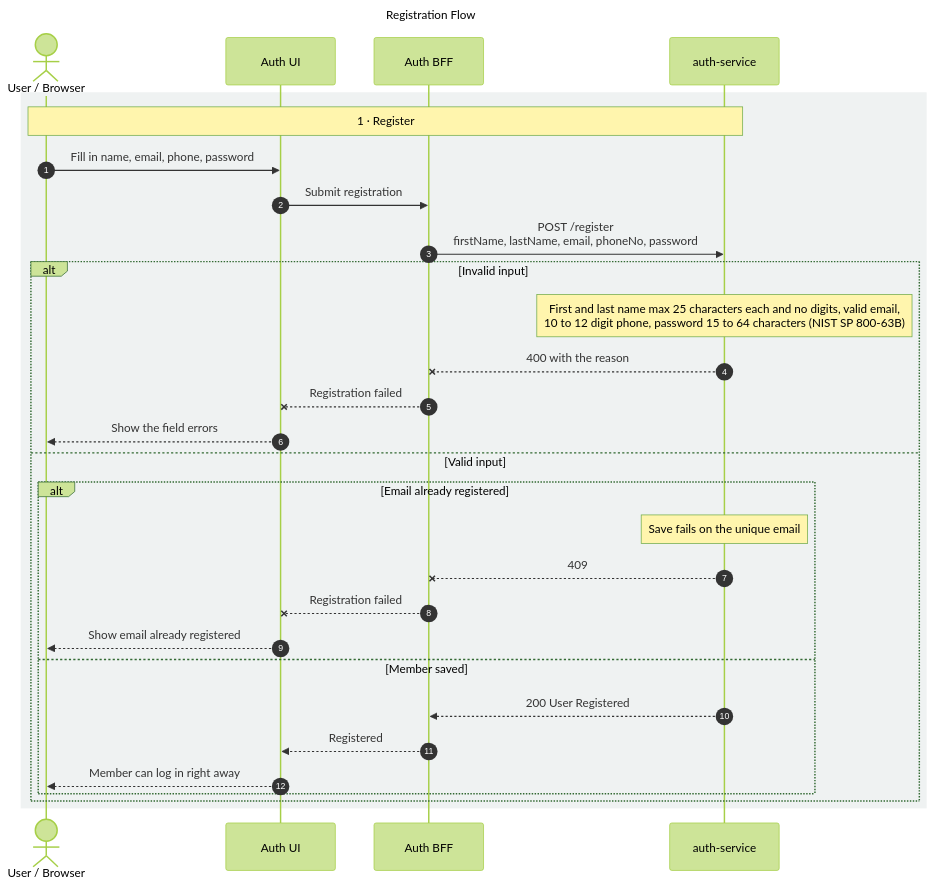
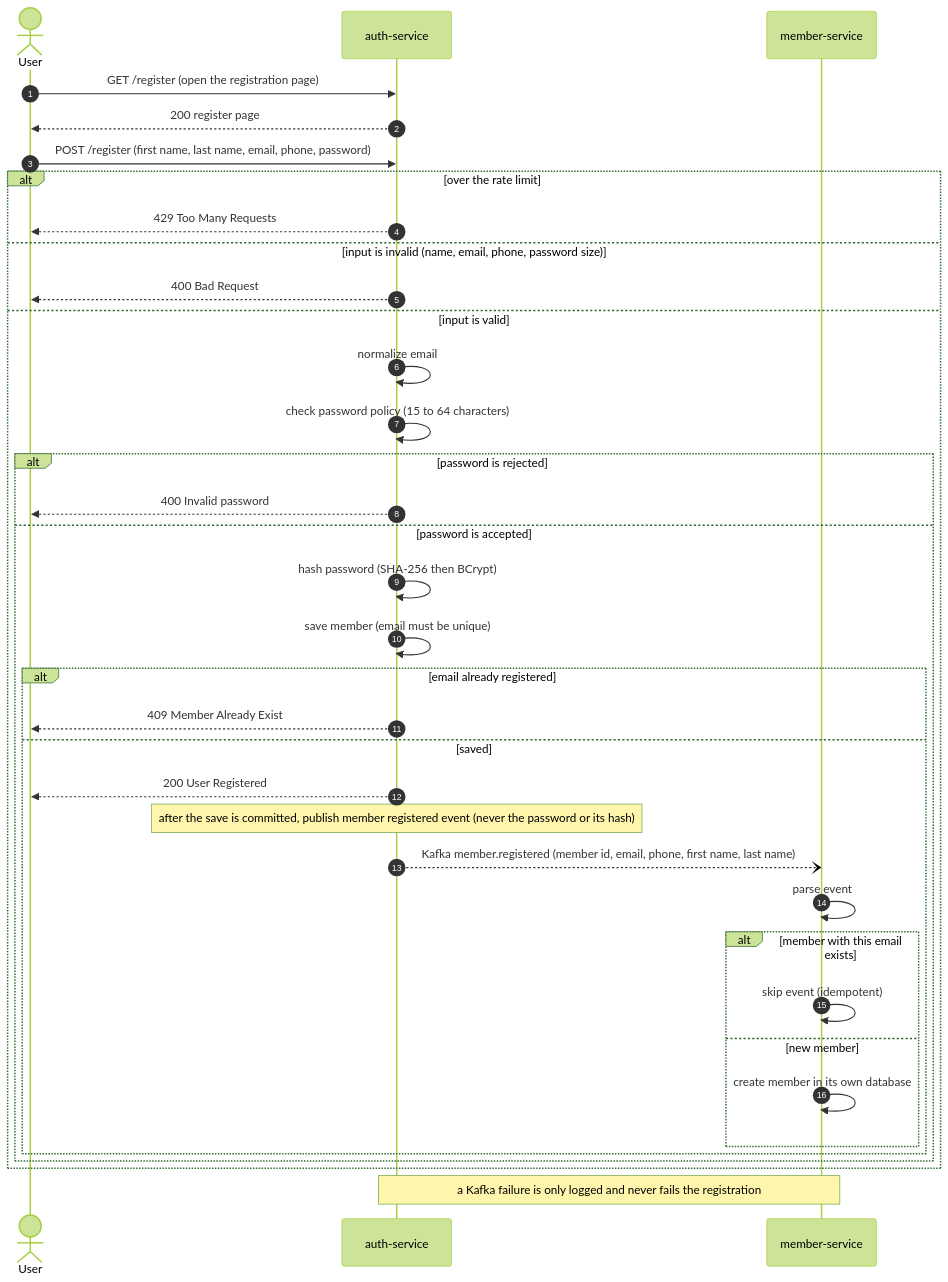
The diagram in auth-service/docs/registration-flow.mmd (alifanasrin/modernizing-kitchnsink), drawn with Mermaid (forest theme) before and after one commit. The commit also changed 9 other files, not shown here.

```diff
--- a/auth-service/docs/registration-flow.mmd
+++ b/auth-service/docs/registration-flow.mmd
@@ -1,33 +1,38 @@
----
-title: Registration Flow
----
 sequenceDiagram
     autonumber
-    actor B as User / Browser
-    participant UI as Auth UI
-    participant BFF as Auth BFF
-    participant API as auth-service
+    actor U as User
+    participant A as auth-service
+    participant M as member-service
 
-    rect rgba(150,170,170,0.15)
-    Note over B,API: 1 · Register
-    B->>UI: Fill in name, email, phone, password
-    UI->>BFF: Submit registration
-    BFF->>API: POST /register<br/>firstName, lastName, email, phoneNo, password
-    alt Invalid input
-        Note over API: First and last name max 25 characters each and no digits, valid email,<br/>10 to 12 digit phone, password 15 to 64 characters (NIST SP 800-63B)
-        API--xBFF: 400 with the reason
-        BFF--xUI: Registration failed
-        UI-->>B: Show the field errors
-    else Valid input
-        alt Email already registered
-            Note over API: Save fails on the unique email
-            API--xBFF: 409
-            BFF--xUI: Registration failed
-            UI-->>B: Show email already registered
-        else Member saved
-            API-->>BFF: 200 User Registered
-            BFF-->>UI: Registered
-            UI-->>B: Member can log in right away
+    U->>A: GET /register (open the registration page)
+    A-->>U: 200 register page
+    U->>A: POST /register (first name, last name, email, phone, password)
+
+    alt over the rate limit
+        A-->>U: 429 Too Many Requests
+    else input is invalid (name, email, phone, password size)
+        A-->>U: 400 Bad Request
+    else input is valid
+        A->>A: normalize email
+        A->>A: check password policy (15 to 64 characters)
+        alt password is rejected
+            A-->>U: 400 Invalid password
+        else password is accepted
+            A->>A: hash password (SHA-256 then BCrypt)
+            A->>A: save member (email must be unique)
+            alt email already registered
+                A-->>U: 409 Member Already Exist
+            else saved
+                A-->>U: 200 User Registered
+                Note over A: after the save is committed, publish member registered event (never the password or its hash)
+                A--)M: Kafka member.registered (member id, email, phone, first name, last name)
+                M->>M: parse event
+                alt member with this email exists
+                    M->>M: skip event (idempotent)
+                else new member
+                    M->>M: create member in its own database
+                end
+            end
         end
     end
-    end
+    Note over A,M: a Kafka failure is only logged and never fails the registration
```
